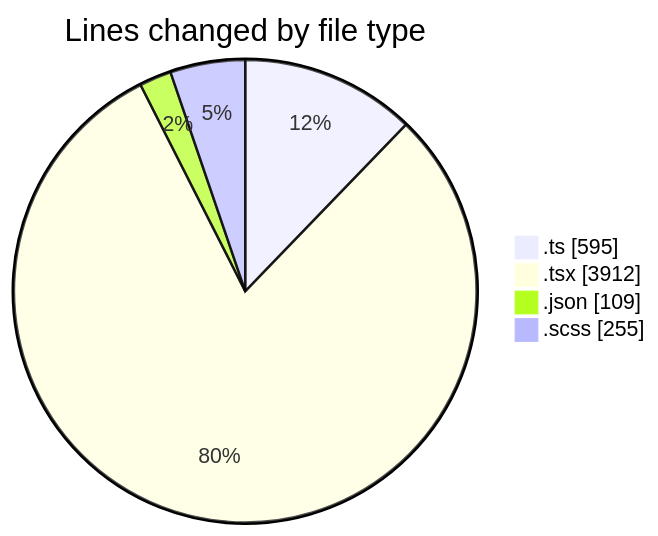
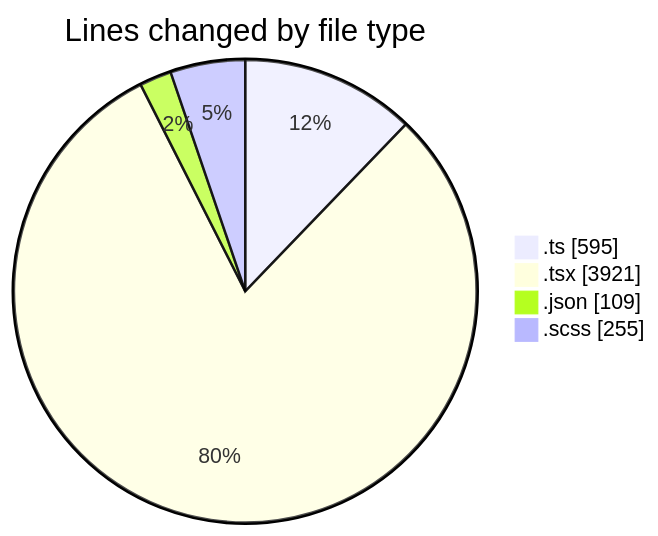
The first of 2 diagrams in 2025-07-04/cda/README.md (momahboobian/code-tracking), drawn with Mermaid before and after one commit. The commit also changed other lines of this file and 1 other file, not shown here.

````diff
--- a/2025-07-04/cda/README.md
+++ b/2025-07-04/cda/README.md
@@ -35,8 +35,8 @@
 ```mermaid
 pie showData
 title Lines changed by file type
 ".ts" : 595
-".tsx" : 3912
+".tsx" : 3921
 ".json" : 109
 ".scss" : 255
 ```
````
